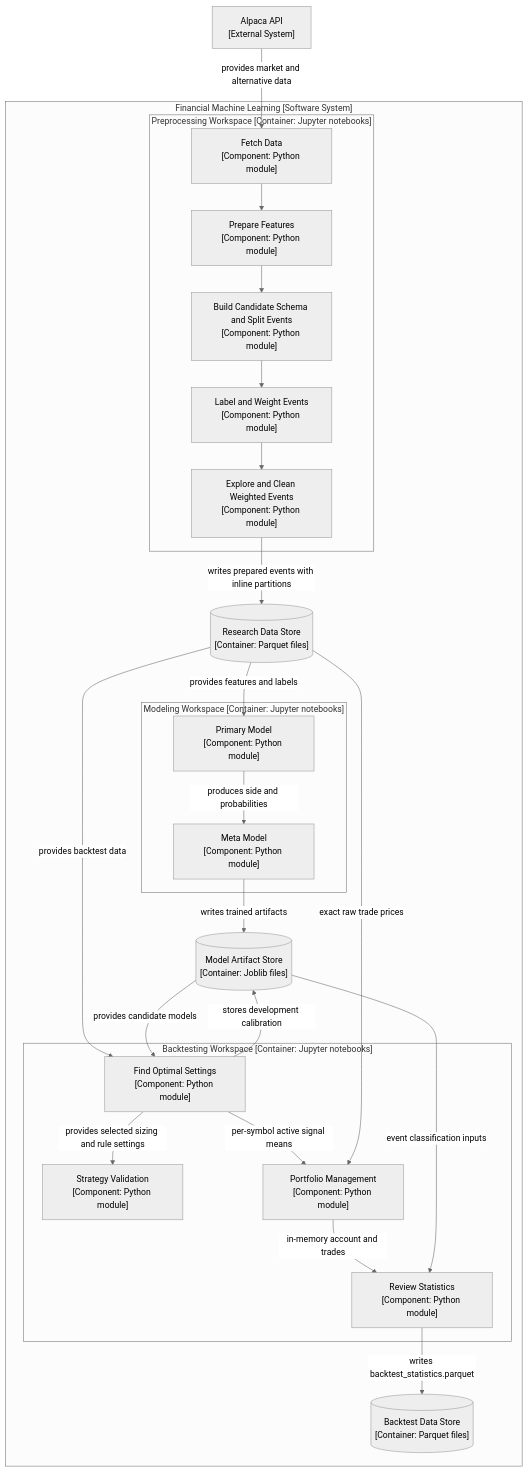
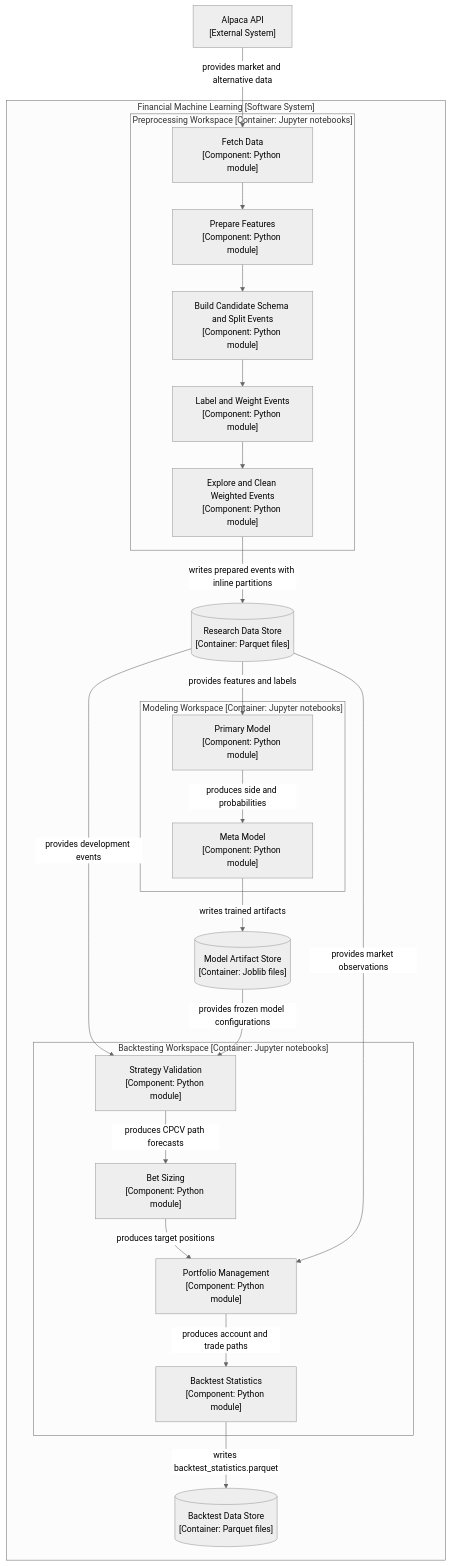
The third of 3 diagrams in docs/architecture.md (kwonjunhyuk9/financial-machine-learning), drawn with Mermaid (neutral theme) before and after one commit. The commit also changed 11 other files, not shown here.

Commit message:
Implemented CPCV portfolio validation and simplified event labeling

````diff
--- a/docs/architecture.md
+++ b/docs/architecture.md
@@ -67,50 +67,48 @@
 ```mermaid
 flowchart TD
     alpaca["Alpaca API<br/>[External System]"]
 
     subgraph system["Financial Machine Learning [Software System]"]
         data_store[("Research Data Store<br/>[Container: Parquet files]")]
         model_store[("Model Artifact Store<br/>[Container: Joblib files]")]
         result_store[("Backtest Data Store<br/>[Container: Parquet files]")]
 
         subgraph preprocessing_workspace["Preprocessing Workspace [Container: Jupyter notebooks]"]
             fetch_data["Fetch Data<br/>[Component: Python module]"]
             prepare_data["Prepare Features<br/>[Component: Python module]"]
             split_events["Build Candidate Schema and Split Events<br/>[Component: Python module]"]
             label_events["Label and Weight Events<br/>[Component: Python module]"]
             clean_events["Explore and Clean Weighted Events<br/>[Component: Python module]"]
         end
 
         subgraph modeling_workspace["Modeling Workspace [Container: Jupyter notebooks]"]
             primary_model["Primary Model<br/>[Component: Python module]"]
             meta_model["Meta Model<br/>[Component: Python module]"]
         end
 
         subgraph backtesting_workspace["Backtesting Workspace [Container: Jupyter notebooks]"]
-            find_settings["Find Optimal Settings<br/>[Component: Python module]"]
             strategy_validation["Strategy Validation<br/>[Component: Python module]"]
+            bet_sizing["Bet Sizing<br/>[Component: Python module]"]
             portfolio_management["Portfolio Management<br/>[Component: Python module]"]
-            review_statistics["Review Statistics<br/>[Component: Python module]"]
+            backtest_statistics["Backtest Statistics<br/>[Component: Python module]"]
         end
 
     end
 
     alpaca -->|" provides market and alternative data "| fetch_data
     fetch_data --> prepare_data
     prepare_data --> split_events
     split_events --> label_events
     label_events --> clean_events
     clean_events -->|" writes prepared events with inline partitions "| data_store
     data_store -->|" provides features and labels "| primary_model
     primary_model -->|" produces side and probabilities "| meta_model
     meta_model -->|" writes trained artifacts "| model_store
-    data_store -->|" provides backtest data "| find_settings
-    model_store -->|" provides candidate models "| find_settings
-    find_settings -->|" provides selected sizing and rule settings "| strategy_validation
-    find_settings -->|" stores development calibration "| model_store
-    find_settings -->|" per-symbol active signal means "| portfolio_management
-    data_store -->|" exact raw trade prices "| portfolio_management
-    portfolio_management -->|" in-memory account and trades "| review_statistics
-    model_store -->|" event classification inputs "| review_statistics
-    review_statistics -->|" writes backtest_statistics.parquet "| result_store
+    data_store -->|" provides development events "| strategy_validation
+    model_store -->|" provides frozen model configurations "| strategy_validation
+    strategy_validation -->|" produces CPCV path forecasts "| bet_sizing
+    bet_sizing -->|" produces target positions "| portfolio_management
+    data_store -->|" provides market observations "| portfolio_management
+    portfolio_management -->|" produces account and trade paths "| backtest_statistics
+    backtest_statistics -->|" writes backtest_statistics.parquet "| result_store
 ```
````
